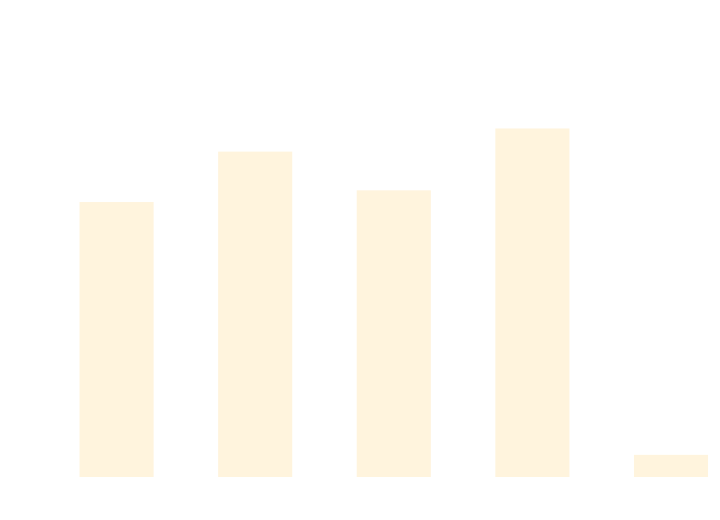
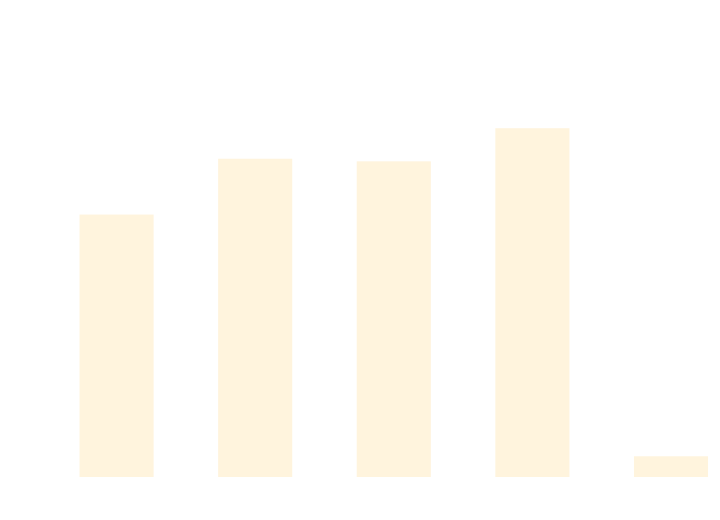
One commit to thomhurst/TUnit changed the diagram in docs/docs/benchmarks/DataDrivenTests.md. Above: the diagram before and after it, drawn with Mermaid. The commit also changed other lines of this file and 17 other files, not shown here.

````diff
--- a/docs/docs/benchmarks/DataDrivenTests.md
+++ b/docs/docs/benchmarks/DataDrivenTests.md
@@ -27,37 +27,37 @@
 ```mermaid
 %%{init: {
   'theme':'base',
   'themeVariables': {
     'primaryColor': '#2563eb',
     'primaryTextColor': '#ffffff',
     'primaryBorderColor': '#1e40af',
     'lineColor': '#6b7280',
     'secondaryColor': '#7c3aed',
     'tertiaryColor': '#dc2626',
     'background': '#ffffff',
     'mainBkg': '#2563eb',
     'secondBkg': '#7c3aed',
     'tertiaryBkg': '#dc2626',
     'clusterBkg': '#f3f4f6',
     'edgeLabelBackground': '#ffffff',
     'tertiaryTextColor': '#1f2937',
     'pie1': '#2563eb',
     'pie2': '#7c3aed',
     'pie3': '#dc2626',
     'pie4': '#f59e0b',
     'pie5': '#10b981',
     'pie6': '#06b6d4',
     'pie7': '#ec4899',
     'pie8': '#6366f1',
     'pie9': '#84cc16',
     'pie10': '#f97316',
     'pie11': '#14b8a6',
     'pie12': '#a855f7'
   }
 }}%%
 xychart-beta
   title "DataDrivenTests Performance Comparison"
   x-axis ["TUnit", "NUnit", "MSTest", "xUnit3", "TUnit_AOT"]
-  y-axis "Time (ms)" 0 --> 685
-  bar [447.11, 531.54, 466.74, 570.33, 23.68]
+  y-axis "Time (ms)" 0 --> 720
+  bar [447.94, 546.19, 541.63, 599.93, 22.39]
 ```
````
